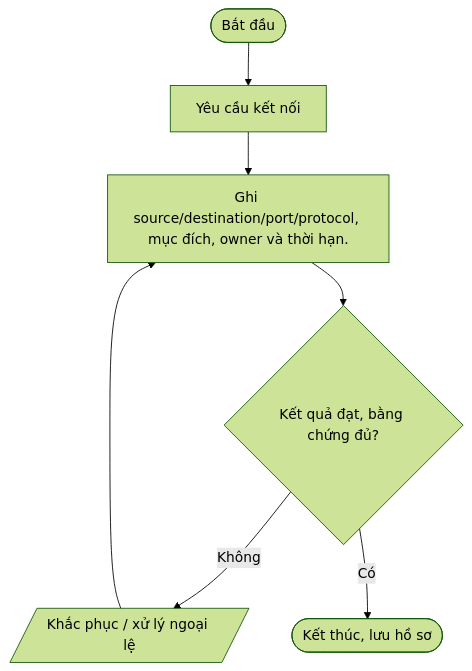
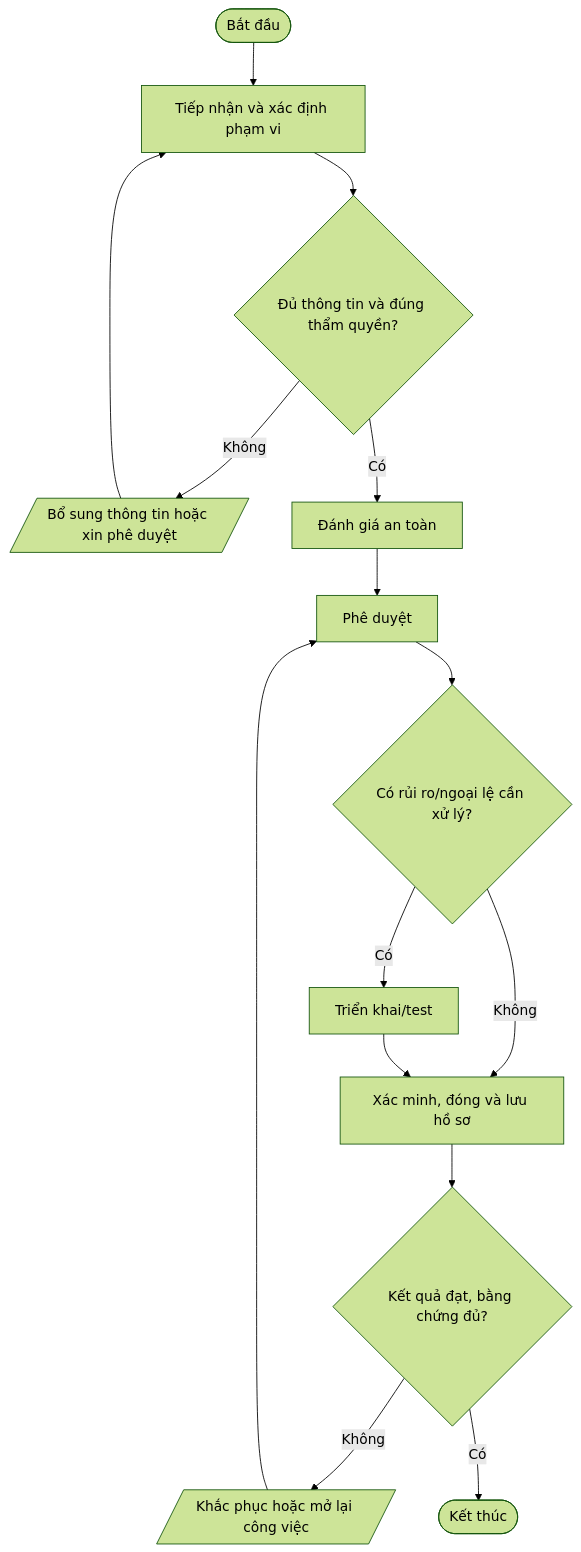
One commit to daoaigiangnam/Quy_Trinh_Chuan changed the ninth of 11 diagrams in quy-trinh/03-An-toan-thong-tin/README.md. Above: the diagram before and after it, drawn with Mermaid (forest theme). The commit also changed other lines of this file, not shown here.

Commit message:
docs: refine detailed procedure steps and Mermaid flowcharts

````diff
--- a/quy-trinh/03-An-toan-thong-tin/README.md
+++ b/quy-trinh/03-An-toan-thong-tin/README.md
@@ -614,11 +761,17 @@
 ```mermaid
 flowchart TD
-  A([Bắt đầu]) --> S1
-  S1["Yêu cầu kết nối"]
-  S2["Ghi source/destination/port/protocol, mục đích, owner và thời hạn."]
-  S1 --> S2
-  S2 --> D2{"Kết quả đạt, bằng chứng đủ?"}
-  D2 -- Không --> REWORK[/"Khắc phục / xử lý ngoại lệ"/]
-  REWORK --> S2
-  D2 -- Có --> Z([Kết thúc, lưu hồ sơ])
+  A([Bắt đầu]) --> S1["Tiếp nhận và xác định phạm vi"]
+  S1 --> D1{"Đủ thông tin và đúng thẩm quyền?"}
+  D1 -- Không --> F1[/"Bổ sung thông tin hoặc xin phê duyệt"/]
+  F1 --> S1
+  D1 -- Có --> S2["Đánh giá an toàn"]
+  S2 --> S3["Phê duyệt"]
+  S3 --> D2{"Có rủi ro/ngoại lệ cần xử lý?"}
+  D2 -- Có --> S4["Triển khai/test"]
+  D2 -- Không --> S5["Xác minh, đóng và lưu hồ sơ"]
+  S4 --> S5
+  S5 --> D3{"Kết quả đạt, bằng chứng đủ?"}
+  D3 -- Không --> R[/"Khắc phục hoặc mở lại công việc"/]
+  R --> S3
+  D3 -- Có --> Z([Kết thúc])
 ```
````
